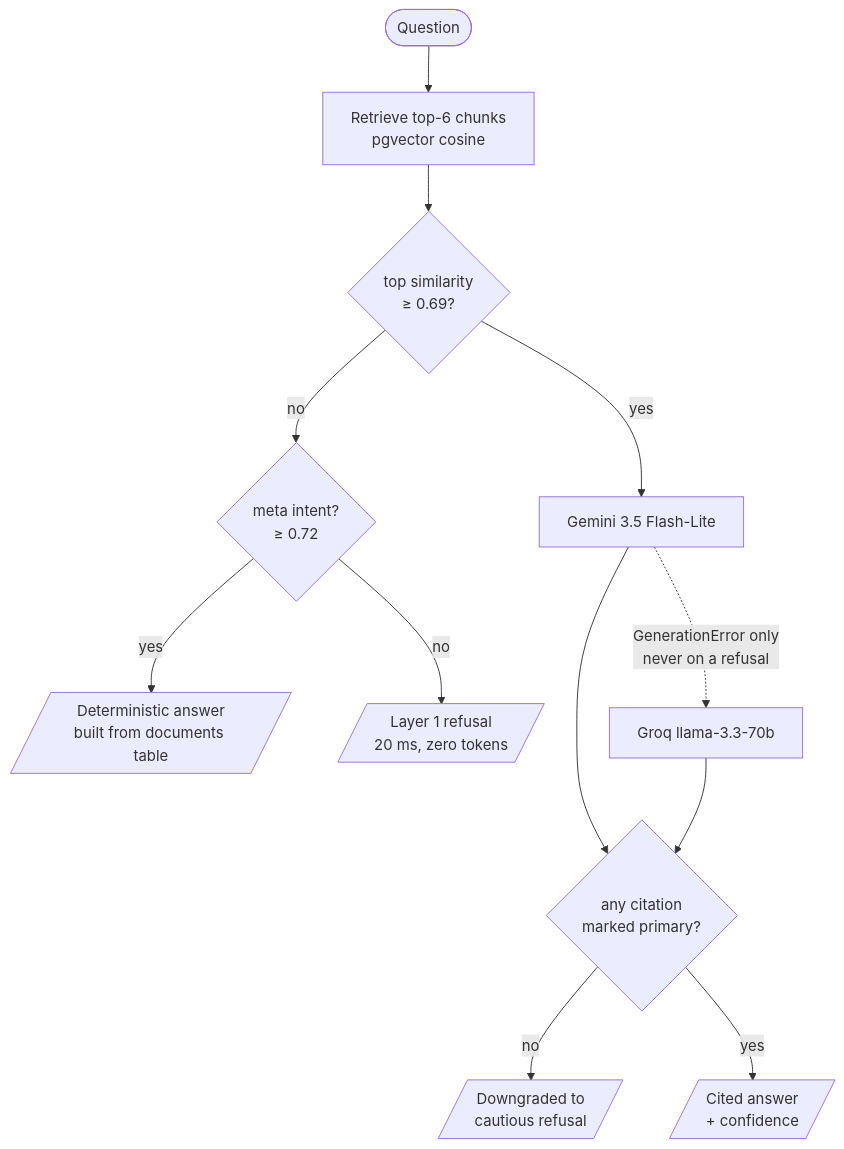
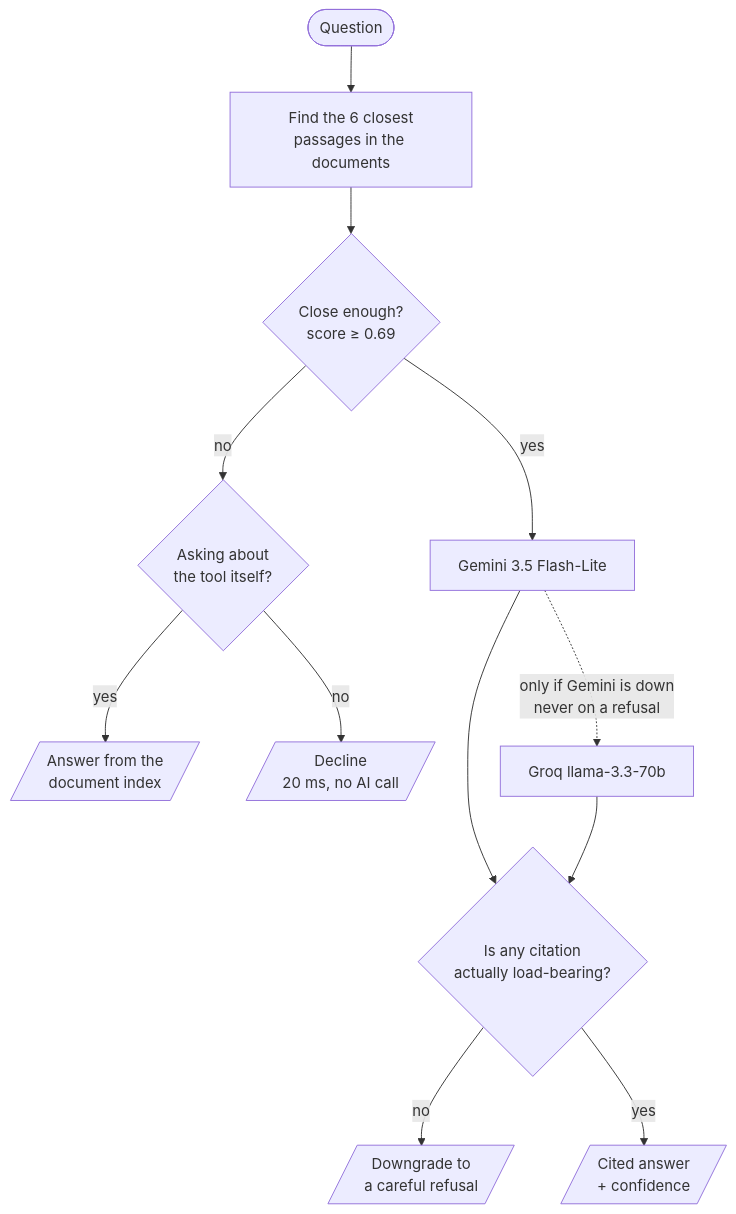
One commit to iamadarsha/compliance-copilot changed the diagram in README.md. Above: the diagram before and after it, drawn with Mermaid. The commit also changed other lines of this file, not shown here.

````diff
--- a/README.md
+++ b/README.md
@@ -59,17 +70,17 @@
 ```mermaid
 flowchart TD
-    Q([Question]) --> R[Retrieve top-6 chunks<br/>pgvector cosine]
-    R --> T{top similarity<br/>&ge; 0.69?}
+    Q([Question]) --> R[Find the 6 closest<br/>passages in the documents]
+    R --> T{Close enough?<br/>score &ge; 0.69}
 
-    T -->|no| M{meta intent?<br/>&ge; 0.72}
-    M -->|yes| MA[/Deterministic answer<br/>built from documents table/]
-    M -->|no| REF[/Layer 1 refusal<br/>20 ms, zero tokens/]
+    T -->|no| M{Asking about<br/>the tool itself?}
+    M -->|yes| MA[/Answer from the<br/>document index/]
+    M -->|no| REF[/Decline<br/>20 ms, no AI call/]
 
     T -->|yes| G[Gemini 3.5 Flash-Lite]
-    G -.->|GenerationError only<br/>never on a refusal| GR[Groq llama-3.3-70b]
-    G --> C{any citation<br/>marked primary?}
+    G -.->|only if Gemini is down<br/>never on a refusal| GR[Groq llama-3.3-70b]
+    G --> C{Is any citation<br/>actually load-bearing?}
     GR --> C
 
-    C -->|no| DOWN[/Downgraded to<br/>cautious refusal/]
+    C -->|no| DOWN[/Downgrade to<br/>a careful refusal/]
     C -->|yes| ANS[/Cited answer<br/>+ confidence/]
 ```
````
